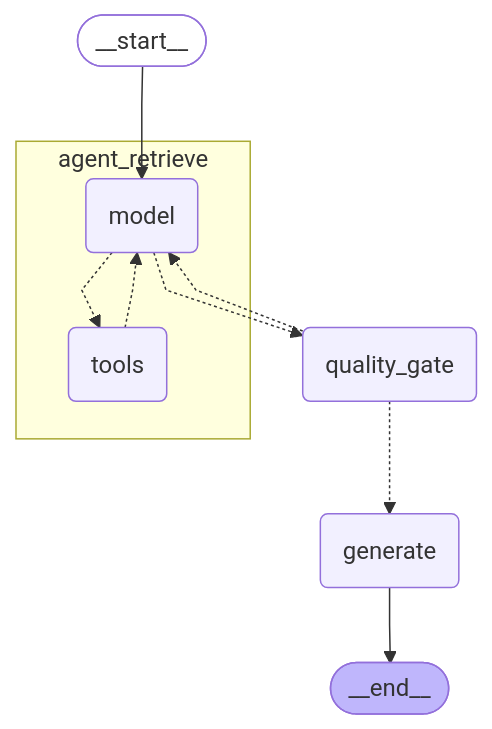
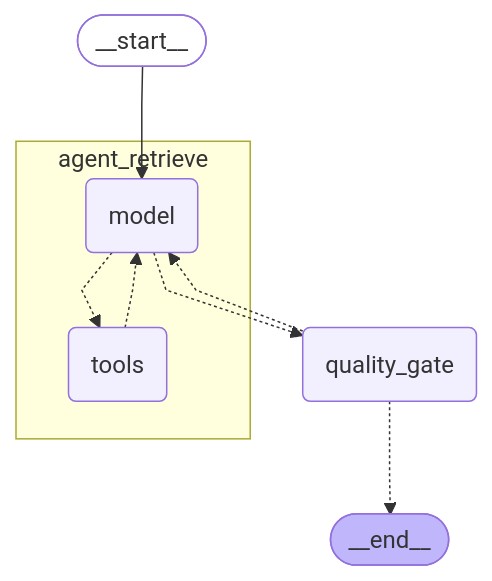
The diagram in README.md (lowkaihon/multi-source-agentic-rag), drawn with Mermaid before and after one commit. The commit also changed other lines of this file and 10 other files, not shown here.

````diff
--- a/README.md
+++ b/README.md
@@ -11,29 +44,27 @@
 ```mermaid
 ---
 config:
   flowchart:
     curve: linear
 ---
 graph TD;
 	__start__([__start__]):::first
 	quality_gate(quality_gate)
-	generate(generate)
 	__end__([__end__]):::last
 
 	subgraph agent_retrieve [agent_retrieve]
 		ar_model(model)
 		ar_tools(tools)
 		ar_model -.-> ar_tools
 		ar_tools -.-> ar_model
 	end
 
 	__start__ --> ar_model;
 	ar_model -.-> quality_gate;
 	quality_gate -.-> ar_model;
-	quality_gate -.-> generate;
-	generate --> __end__;
+	quality_gate -.-> __end__;
 
 	classDef default fill:#f2f0ff,line-height:1.2
 	classDef first fill-opacity:0
 	classDef last fill:#bfb6fc
 ```
````
